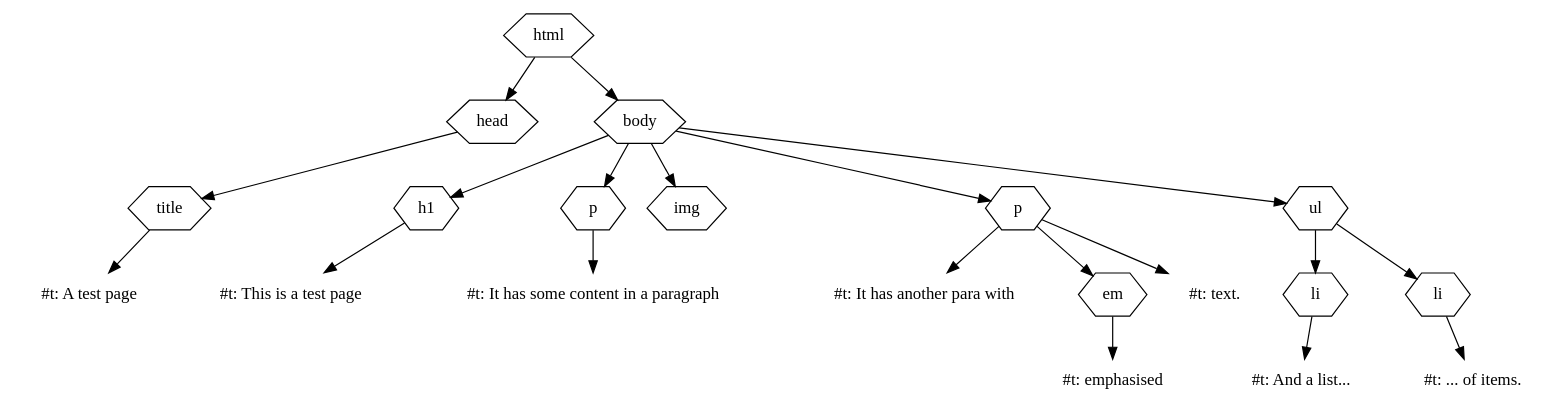
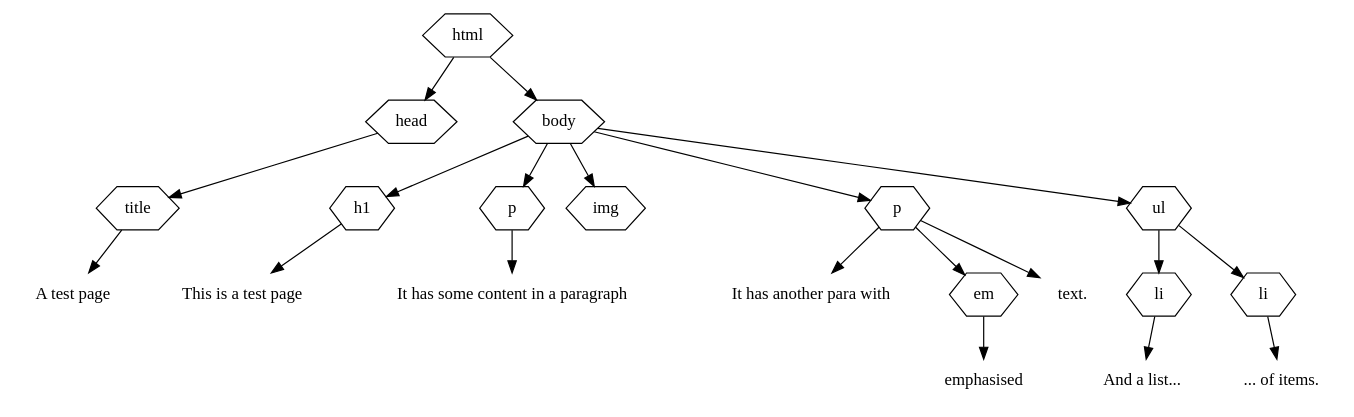
Diagram 14 of 18 in courseware/week2/day1.org (nikclayton/web-courseware), drawn with Graphviz before and after one commit. The commit also changed other lines of this file and 53 other files, not shown here.

```diff
--- a/courseware/week2/day1.org
+++ b/courseware/week2/day1.org
@@ -2796,42 +2981,42 @@
 #+BEGIN_SRC dot :file tree-sample.svg :cmdline -Tsvg -Gstylesheet=../graphviz.css
   digraph G {
     node [shape="hexagon"];
 
     html -> head;
     head -> title;
     title -> title_content;
-    title_content [label="#t: A test page" shape="none"];
+    title_content [label="A test page" shape="none"];
 
     html -> body;
     body -> h1;
     h1 -> h1_content;
-    h1_content [label="#t: This is a test page" shape="none"];
+    h1_content [label="This is a test page" shape="none"];
 
     body -> p1;
     p1 [label="p"];
     p1 -> p1_content;
-    p1_content [label="#t: It has some content in a paragraph" shape="none"];
+    p1_content [label="It has some content in a paragraph" shape="none"];
 
     body -> img;
 
     body -> p2;
     p2 [label="p"];
     p2 -> p2_content_1;
-    p2_content_1 [label="#t: It has another para with " shape="none"];
+    p2_content_1 [label="It has another para with " shape="none"];
     p2 -> em;
     em -> em_content;
-    em_content [label="#t: emphasised" shape="none"];
+    em_content [label="emphasised" shape="none"];
     p2 -> p2_content_2;
-    p2_content_2 [label="#t: text." shape="none"];
+    p2_content_2 [label="text." shape="none"];
 
     body -> ul;
     ul -> li1;
     li1 [label="li"];
     li1 -> li1_content;
-    li1_content [label="#t: And a list..." shape="none"];
+    li1_content [label="And a list..." shape="none"];
     ul -> li2;
     li2 [label="li"];
     li2 -> li2_content;
-    li2_content [label="#t: ... of items." shape="none"];
+    li2_content [label="... of items." shape="none"];
   }
 #+END_SRC
```
